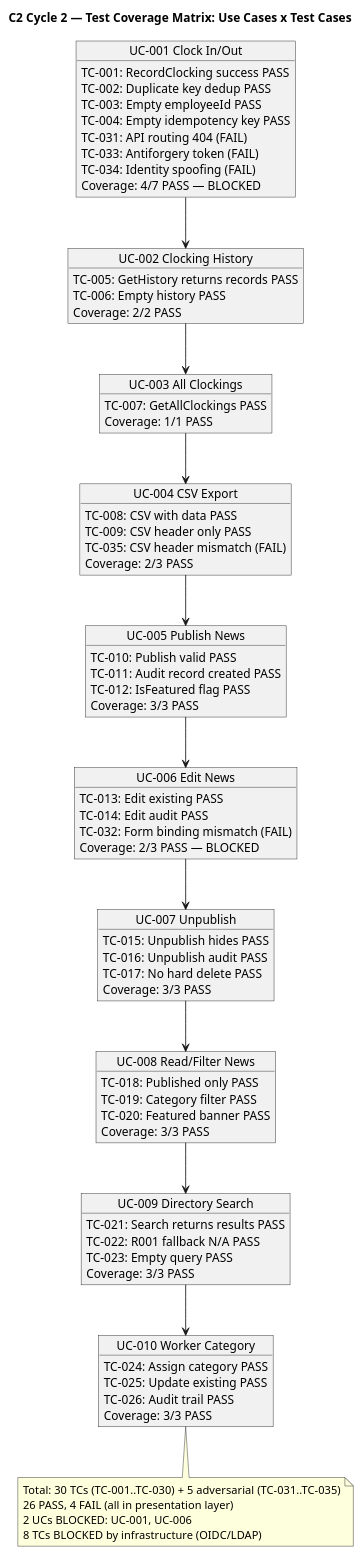
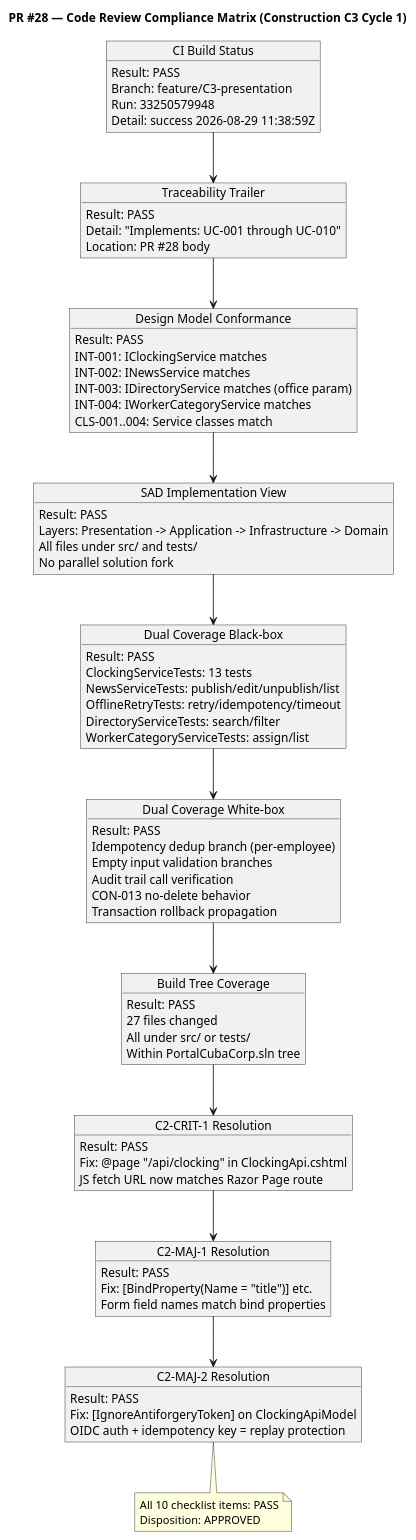
One commit to banense-test/portal-cuba-corp changed the second of 3 diagrams in docs/artifacts/project-management/review-record.md. Above: the diagram before and after it, drawn with PlantUML. The commit also changed other lines of this file, not shown here.

First line of the commit message:
Code Reviewer [C3]: upsert Review Record

````diff
--- a/docs/artifacts/project-management/review-record.md
+++ b/docs/artifacts/project-management/review-record.md
@@ -350,97 +149,96 @@
 ```plantuml
 @startuml
-title C2 Cycle 2 — Test Coverage Matrix: Use Cases x Test Cases
+title PR #28 — Code Review Compliance Matrix (Construction C3 Cycle 1)
 
 skinparam classBorderColor #2C3E50
 skinparam classBackgroundColor #ECF0F1
 skinparam classAttributeIconSize 0
 
-object "UC-001 Clock In/Out" as UC1 {
-  TC-001: RecordClocking success PASS
-  TC-002: Duplicate key dedup PASS
-  TC-003: Empty employeeId PASS
-  TC-004: Empty idempotency key PASS
-  TC-031: API routing 404 (FAIL)
-  TC-033: Antiforgery token (FAIL)
-  TC-034: Identity spoofing (FAIL)
-  Coverage: 4/7 PASS — BLOCKED
+object "CI Build Status" as CHK1 {
+  Result: PASS
+  Branch: feature/C3-presentation
+  Run: 33250579948
+  Detail: success 2026-08-29 11:38:59Z
 }
 
-object "UC-002 Clocking History" as UC2 {
-  TC-005: GetHistory returns records PASS
-  TC-006: Empty history PASS
-  Coverage: 2/2 PASS
+object "Traceability Trailer" as CHK2 {
+  Result: PASS
+  Detail: "Implements: UC-001 through UC-010"
+  Location: PR #28 body
 }
 
-object "UC-003 All Clockings" as UC3 {
-  TC-007: GetAllClockings PASS
-  Coverage: 1/1 PASS
+object "Design Model Conformance" as CHK3 {
+  Result: PASS
+  INT-001: IClockingService matches
+  INT-002: INewsService matches
+  INT-003: IDirectoryService matches (office param)
+  INT-004: IWorkerCategoryService matches
+  CLS-001..004: Service classes match
 }
 
-object "UC-004 CSV Export" as UC4 {
-  TC-008: CSV with data PASS
-  TC-009: CSV header only PASS
-  TC-035: CSV header mismatch (FAIL)
-  Coverage: 2/3 PASS
+object "SAD Implementation View" as CHK4 {
+  Result: PASS
+  Layers: Presentation -> Application -> Infrastructure -> Domain
+  All files under src/ and tests/
+  No parallel solution fork
 }
 
-object "UC-005 Publish News" as UC5 {
-  TC-010: Publish valid PASS
-  TC-011: Audit record created PASS
-  TC-012: IsFeatured flag PASS
-  Coverage: 3/3 PASS
+object "Dual Coverage Black-box" as CHK5 {
+  Result: PASS
+  ClockingServiceTests: 13 tests
+  NewsServiceTests: publish/edit/unpublish/list
+  OfflineRetryTests: retry/idempotency/timeout
+  DirectoryServiceTests: search/filter
+  WorkerCategoryServiceTests: assign/list
 }
 
-object "UC-006 Edit News" as UC6 {
-  TC-013: Edit existing PASS
-  TC-014: Edit audit PASS
-  TC-032: Form binding mismatch (FAIL)
-  Coverage: 2/3 PASS — BLOCKED
+object "Dual Coverage White-box" as CHK6 {
+  Result: PASS
+  Idempotency dedup branch (per-employee)
+  Empty input validation branches
+  Audit trail call verification
+  CON-013 no-delete behavior
+  Transaction rollback propagation
 }
 
-object "UC-007 Unpublish" as UC7 {
-  TC-015: Unpublish hides PASS
-  TC-016: Unpublish audit PASS
-  TC-017: No hard delete PASS
-  Coverage: 3/3 PASS
+object "Build Tree Coverage" as CHK7 {
+  Result: PASS
+  27 files changed
+  All under src/ or tests/
+  Within PortalCubaCorp.sln tree
 }
 
-object "UC-008 Read/Filter News" as UC8 {
-  TC-018: Published only PASS
-  TC-019: Category filter PASS
-  TC-020: Featured banner PASS
-  Coverage: 3/3 PASS
+object "C2-CRIT-1 Resolution" as CHK8 {
+  Result: PASS
+  Fix: @page "/api/clocking" in ClockingApi.cshtml
+  JS fetch URL now matches Razor Page route
 }
 
-object "UC-009 Directory Search" as UC9 {
-  TC-021: Search returns results PASS
-  TC-022: R001 fallback N/A PASS
-  TC-023: Empty query PASS
-  Coverage: 3/3 PASS
+object "C2-MAJ-1 Resolution" as CHK9 {
+  Result: PASS
+  Fix: [BindProperty(Name = "title")] etc.
+  Form field names match bind properties
 }
 
-object "UC-010 Worker Category" as UC10 {
-  TC-024: Assign category PASS
-  TC-025: Update existing PASS
-  TC-026: Audit trail PASS
-  Coverage: 3/3 PASS
+object "C2-MAJ-2 Resolution" as CHK10 {
+  Result: PASS
+  Fix: [IgnoreAntiforgeryToken] on ClockingApiModel
+  OIDC auth + idempotency key = replay protection
 }
 
-UC1 --> UC2
-UC2 --> UC3
-UC3 --> UC4
-UC4 --> UC5
-UC5 --> UC6
-UC6 --> UC7
-UC7 --> UC8
-UC8 --> UC9
-UC9 --> UC10
+CHK1 --> CHK2
+CHK2 --> CHK3
+CHK3 --> CHK4
+CHK4 --> CHK5
+CHK5 --> CHK6
+CHK6 --> CHK7
+CHK7 --> CHK8
+CHK8 --> CHK9
+CHK9 --> CHK10
 
-note bottom of UC10
-  Total: 30 TCs (TC-001..TC-030) + 5 adversarial (TC-031..TC-035)
-  26 PASS, 4 FAIL (all in presentation layer)
-  2 UCs BLOCKED: UC-001, UC-006
-  8 TCs BLOCKED by infrastructure (OIDC/LDAP)
+note bottom of CHK10
+  All 10 checklist items: PASS
+  Disposition: APPROVED
 end note
 
 @enduml
````
